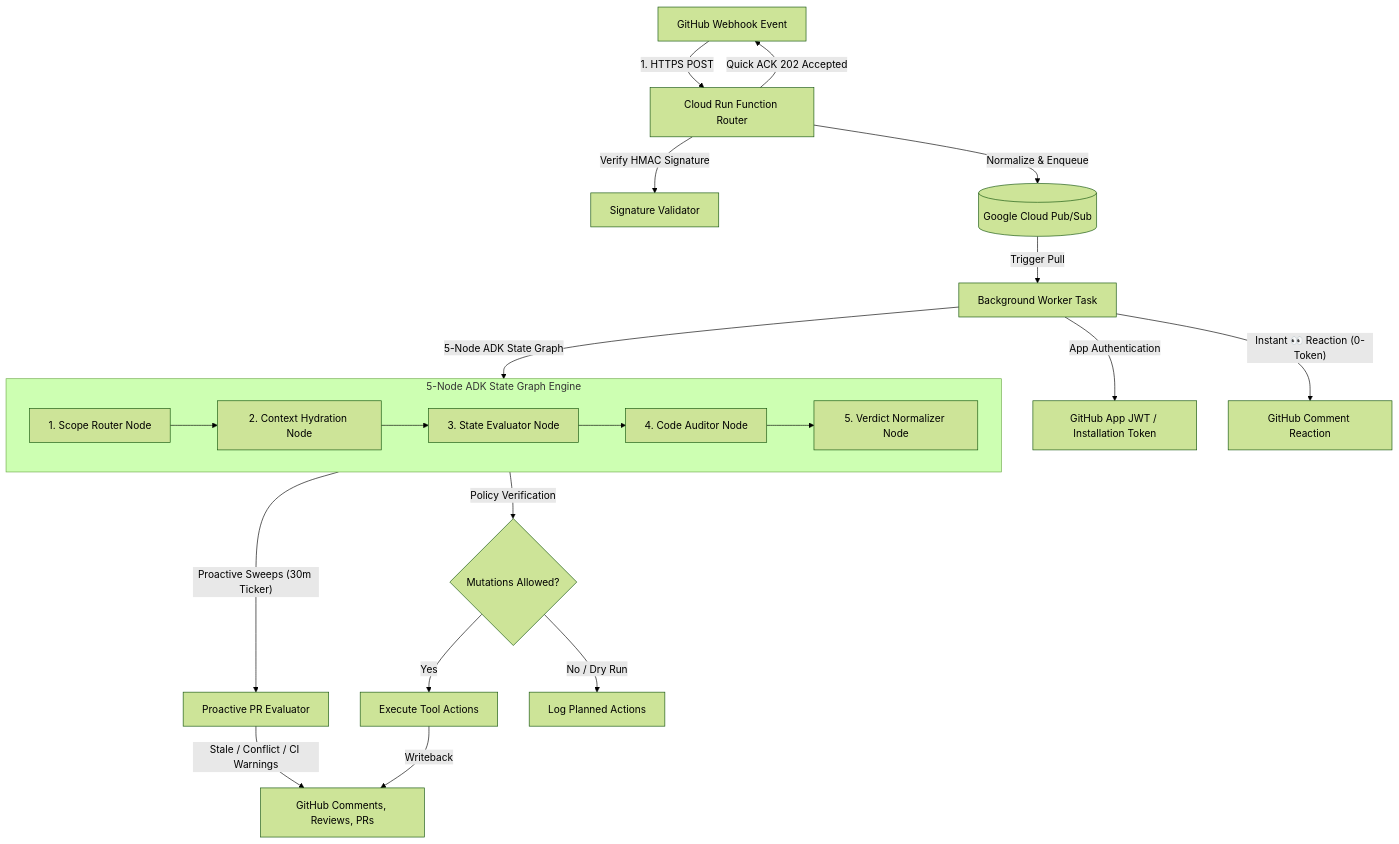
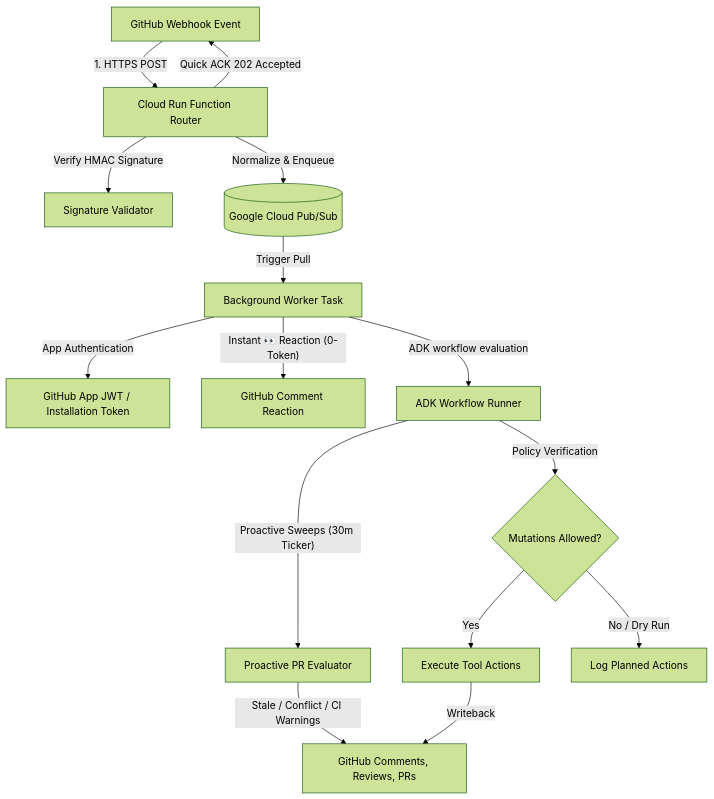
Before and after one commit to cgj8702-org/hannibal-hub-agents: the diagram in README.md, drawn with Mermaid (forest theme). The commit also changed other lines of this file and 17 other files, not shown here.

````diff
--- a/README.md
+++ b/README.md
@@ -11,28 +11,20 @@
 ```mermaid
 flowchart TD
     GH["GitHub Webhook Event"] -->|"1. HTTPS POST"| Router["Cloud Run Function Router"]
     Router -->|"Verify HMAC Signature"| Auth["Signature Validator"]
     Router -->|"Quick ACK 202 Accepted"| GH
     Router -->|"Normalize & Enqueue"| Queue[("Google Cloud Pub/Sub")]
     
     Queue -->|"Trigger Pull"| Worker["Background Worker Task"]
     Worker -->|"App Authentication"| Creds["GitHub App JWT / Installation Token"]
     Worker -->|"Instant 👀 Reaction (0-Token)"| GH_React["GitHub Comment Reaction"]
-    Worker -->|"5-Node ADK State Graph"| StateGraph["ADK State Graph Engine"]
-    
-    subgraph StateGraph ["5-Node ADK State Graph Engine"]
-        Node1["1. Scope Router Node"] --> Node2["2. Context Hydration Node"]
-        Node2 --> Node3["3. State Evaluator Node"]
-        Node3 --> Node4["4. Code Auditor Node"]
-        Node4 --> Node5["5. Verdict Normalizer Node"]
-    end
-
+    Worker -->|"ADK workflow evaluation"| StateGraph["ADK Workflow Runner"]
     StateGraph -->|"Proactive Sweeps (30m Ticker)"| Proactive["Proactive PR Evaluator"]
     Proactive -->|"Stale / Conflict / CI Warnings"| GH_Write
     
     StateGraph -->|"Policy Verification"| Policy{"Mutations Allowed?"}
     Policy -->|"Yes"| Exec["Execute Tool Actions"]
     Policy -->|"No / Dry Run"| Log["Log Planned Actions"]
     
     Exec -->|"Writeback"| GH_Write["GitHub Comments, Reviews, PRs"]
 ```
````
